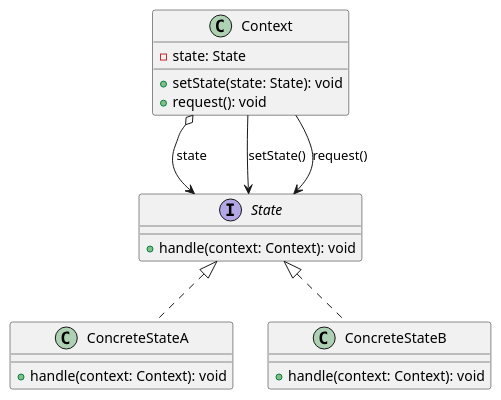
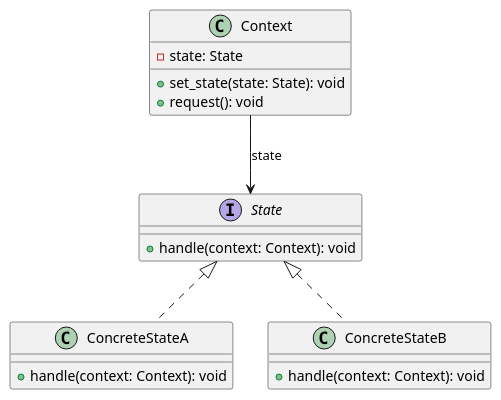
The diagram in doc/source/modules/hivecore/patterns/state.puml (Juanmam/hivecode), drawn with PlantUML before and after one commit. The commit also changed 20 other files, not shown here.

```diff
--- a/doc/source/modules/hivecore/patterns/state.puml
+++ b/doc/source/modules/hivecore/patterns/state.puml
@@ -1,28 +1,25 @@
-@startuml
+@startuml State_Pattern
 interface State {
     + handle(context: Context): void
 }
 
 class Context {
     - state: State
-    + setState(state: State): void
+    + set_state(state: State): void
     + request(): void
 }
 
 class ConcreteStateA {
     + handle(context: Context): void
 }
 
 class ConcreteStateB {
     + handle(context: Context): void
 }
 
 State <|.. ConcreteStateA
 State <|.. ConcreteStateB
 
-Context o--> State : state
-
-Context --> State : setState()
-Context --> State : request()
+Context --> State : state
 
 @enduml
```
